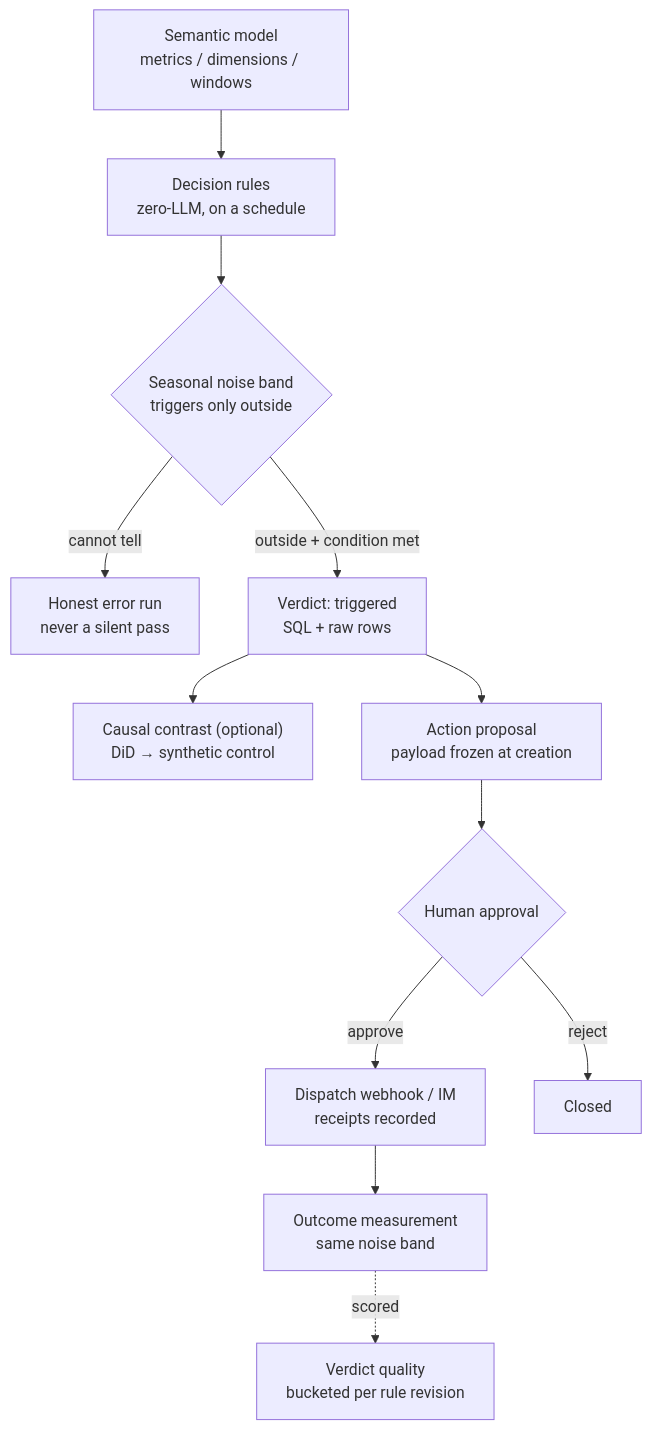
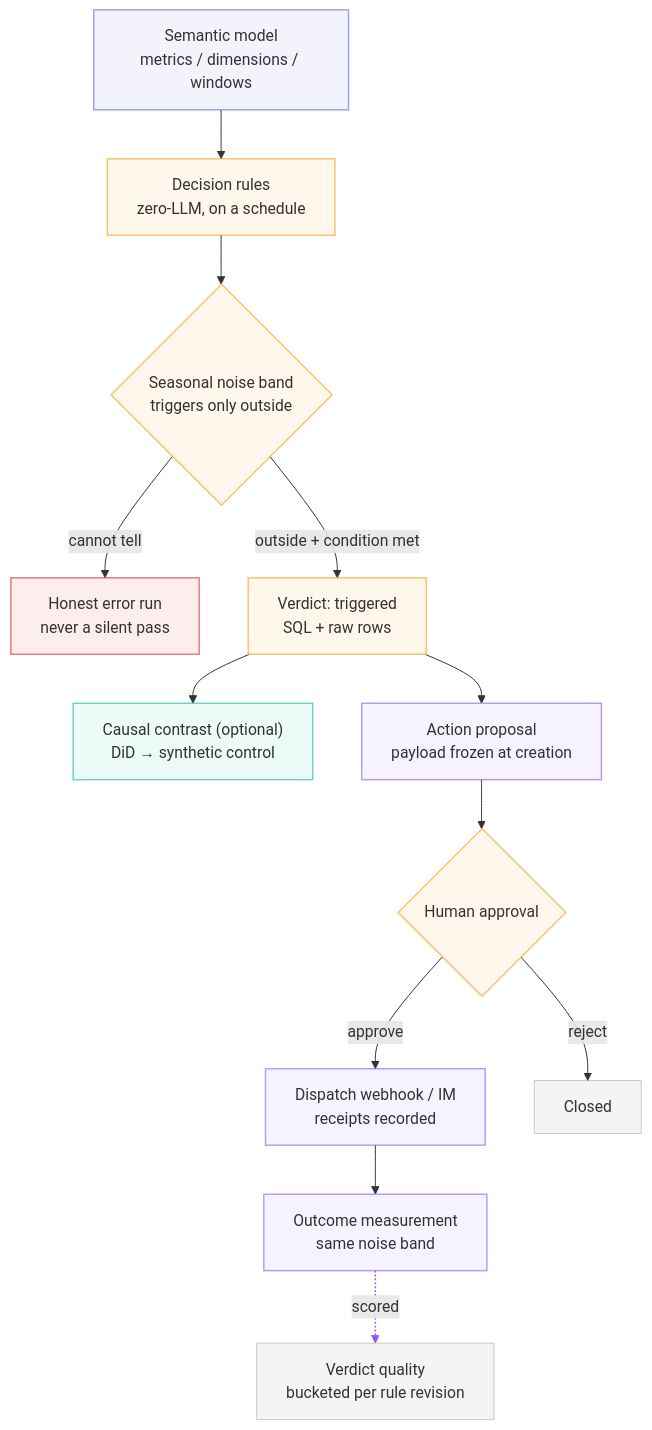
Before and after one commit to Nivane/trove: the third of 4 diagrams in README.en.md, drawn with Mermaid. The commit also changed other lines of this file and 33 other files, not shown here.

First line of the commit message:
docs: 配色语言铺满其余 37 图 —— docs 32 页 + README 双语 4 块

````diff
--- a/README.en.md
+++ b/README.en.md
@@ -147,14 +147,22 @@
 ```mermaid
 flowchart TB
-    M["Semantic model<br/>metrics / dimensions / windows"] --> R["Decision rules<br/>zero-LLM, on a schedule"]
-    R --> BAND{"Seasonal noise band<br/>triggers only outside"}
-    BAND -->|"cannot tell"| ERR["Honest error run<br/>never a silent pass"]
-    BAND -->|"outside + condition met"| V["Verdict: triggered<br/>SQL + raw rows"]
-    V --> C["Causal contrast (optional)<br/>DiD → synthetic control"]
-    V --> P["Action proposal<br/>payload frozen at creation"]
-    P --> A{"Human approval"}
-    A -->|"approve"| D["Dispatch webhook / IM<br/>receipts recorded"]
-    A -->|"reject"| X["Closed"]
-    D --> M2["Outcome measurement<br/>same noise band"]
-    M2 -.->|"scored"| Q["Verdict quality<br/>bucketed per rule revision"]
+    %% same stage palette as the docs site: semantic model indigo · decision chain amber · action & loop violet · causal analysis teal · loud failure red
+    M["Semantic model<br/>metrics / dimensions / windows"]:::gen --> R["Decision rules<br/>zero-LLM, on a schedule"]:::gate
+    R --> BAND{"Seasonal noise band<br/>triggers only outside"}:::gate
+    BAND -->|"cannot tell"| ERR["Honest error run<br/>never a silent pass"]:::err
+    BAND -->|"outside + condition met"| V["Verdict: triggered<br/>SQL + raw rows"]:::gate
+    V --> C["Causal contrast (optional)<br/>DiD → synthetic control"]:::exec
+    V --> P["Action proposal<br/>payload frozen at creation"]:::act
+    P --> A{"Human approval"}:::gate
+    A -->|"approve"| D["Dispatch webhook / IM<br/>receipts recorded"]:::act
+    A -->|"reject"| X["Closed"]:::entry
+    D --> M2["Outcome measurement<br/>same noise band"]:::act
+    M2 -.->|"scored"| Q["Verdict quality<br/>bucketed per rule revision"]:::entry
+    classDef gen fill:#6366f114,stroke:#6366f199,stroke-width:1.5px;
+    classDef gate fill:#f59e0b14,stroke:#f59e0b99,stroke-width:1.5px;
+    classDef exec fill:#14b8a614,stroke:#14b8a699,stroke-width:1.5px;
+    classDef act fill:#8b5cf614,stroke:#8b5cf699,stroke-width:1.5px;
+    classDef err fill:#dc262614,stroke:#dc262699,stroke-width:1.5px;
+    classDef entry fill:#71717a14,stroke:#71717a59,stroke-width:1px;
+    linkStyle 10 stroke:#8b5cf6,stroke-width:1.5px
 ```
````
